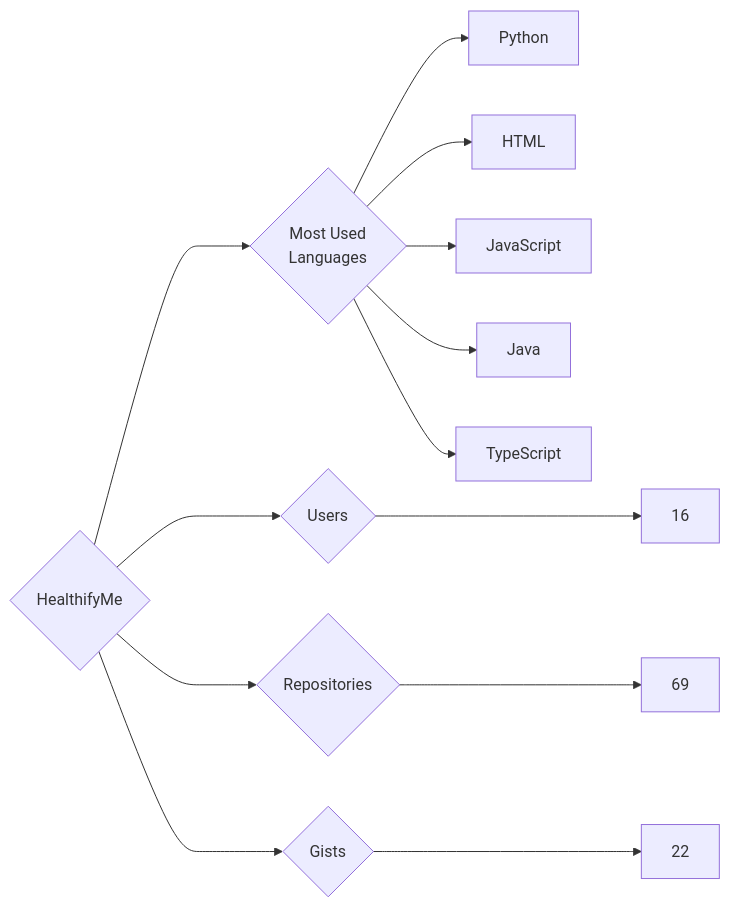
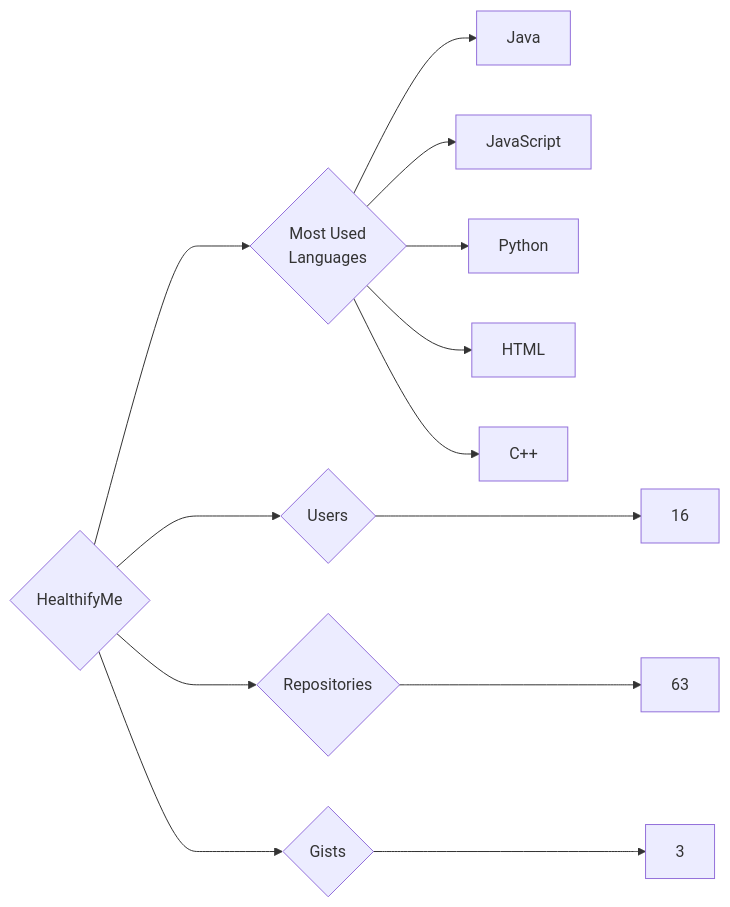
One commit to trickest/insiders changed the diagram in targets/HealthifyMe/README.md. Above: the diagram before and after it, drawn with Mermaid. The commit also changed 888 other files, not shown here.

````diff
--- a/targets/HealthifyMe/README.md
+++ b/targets/HealthifyMe/README.md
@@ -3,13 +3,13 @@
 ```mermaid
 graph LR
 COMPANY_NAME{HealthifyMe}
 COMPANY_NAME ---> U{Users} ---> UN[16]
-COMPANY_NAME ---> R{Repositories} ---> RN[69]
-COMPANY_NAME ---> G{Gists} ---> GN[22]
+COMPANY_NAME ---> R{Repositories} ---> RN[63]
+COMPANY_NAME ---> G{Gists} ---> GN[3]
 COMPANY_NAME ---> ML{Most Used<br>Languages}
+ML --> Java[Java]
+ML --> JavaScript[JavaScript]
 ML --> Python[Python]
 ML --> HTML[HTML]
-ML --> JavaScript[JavaScript]
-ML --> Java[Java]
-ML --> TypeScript[TypeScript]
+ML --> C++[C++]
 ```
````
